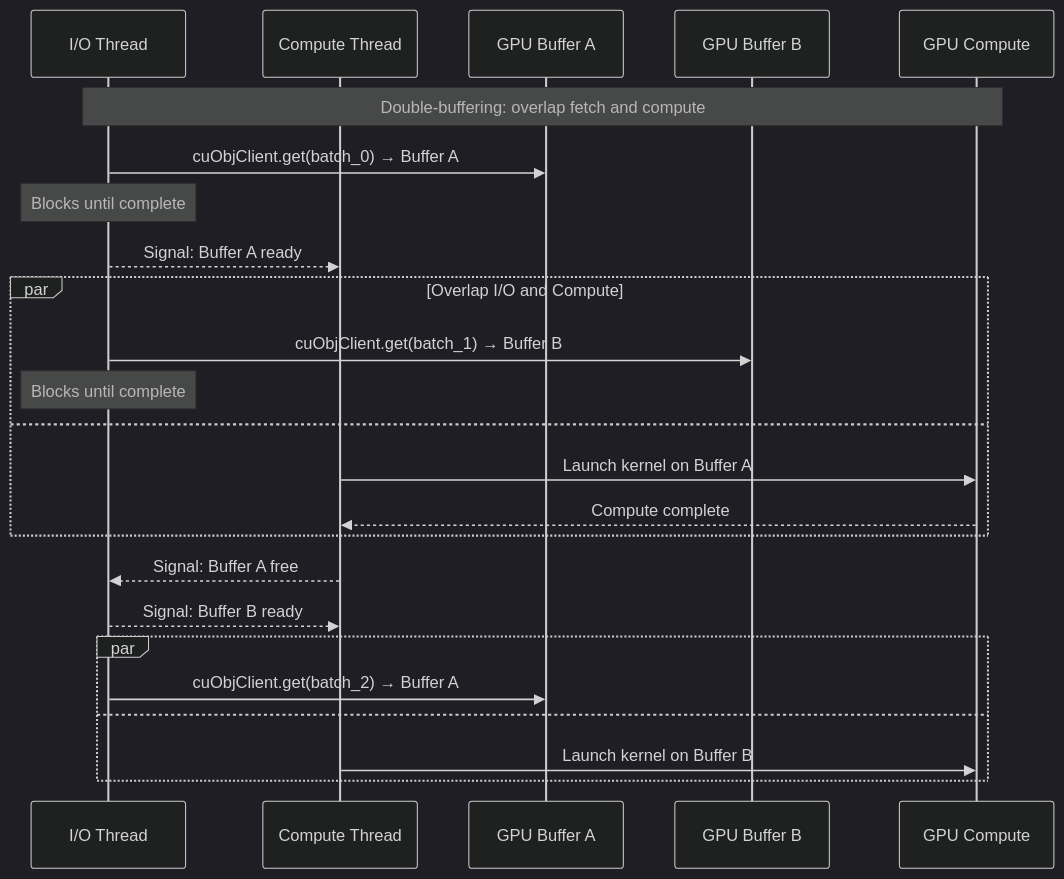
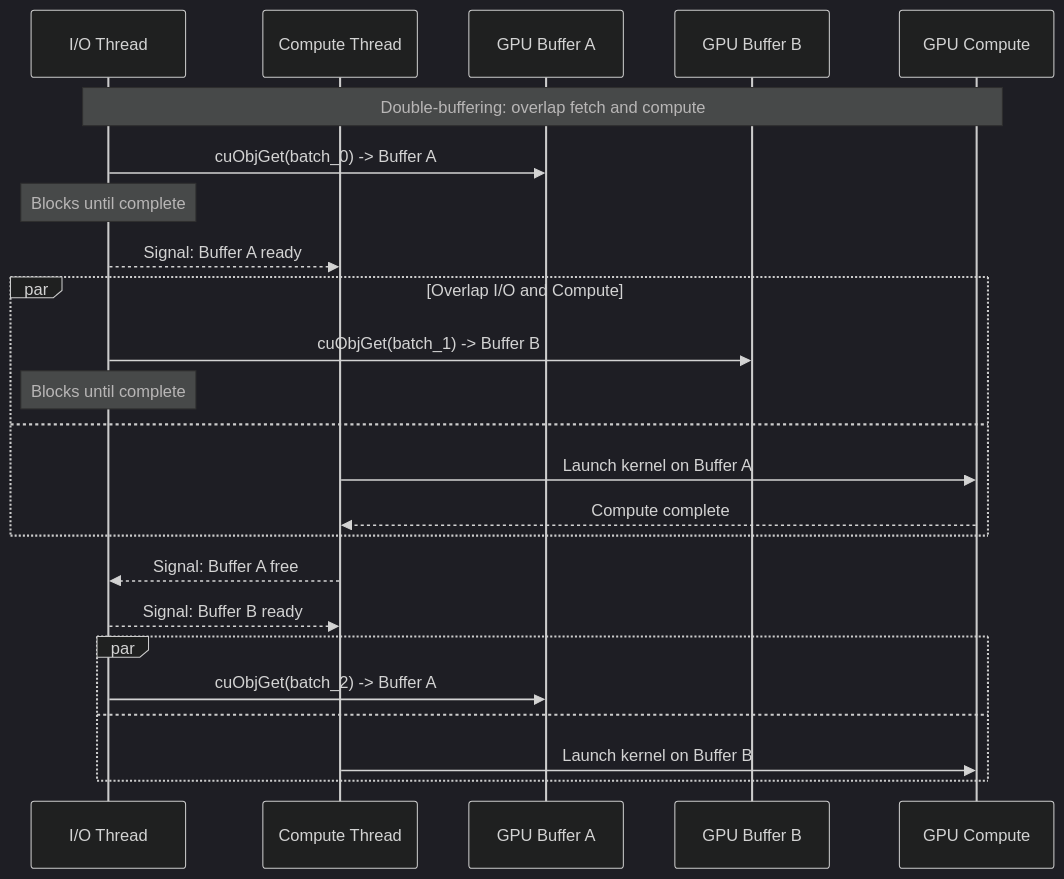
The tenth of 18 diagrams in docs/gds-dn-direct-rdma-implementation-spec.md (ptlrs/ozone), drawn with Mermaid (dark theme) before and after one commit. The commit also changed other lines of this file, not shown here.

````diff
--- a/docs/gds-dn-direct-rdma-implementation-spec.md
+++ b/docs/gds-dn-direct-rdma-implementation-spec.md
@@ -460,29 +518,29 @@
 ```mermaid
 sequenceDiagram
   participant Thread_IO as I/O Thread
   participant Thread_Compute as Compute Thread
   participant BufA as GPU Buffer A
   participant BufB as GPU Buffer B
   participant GPU as GPU Compute
   Note over Thread_IO, GPU: Double-buffering: overlap fetch and compute
-  Thread_IO ->> BufA: cuObjClient.get(batch_0) → Buffer A
+  Thread_IO ->> BufA: cuObjGet(batch_0) -> Buffer A
   Note over Thread_IO: Blocks until complete
   Thread_IO -->> Thread_Compute: Signal: Buffer A ready
 
   par Overlap I/O and Compute
-    Thread_IO ->> BufB: cuObjClient.get(batch_1) → Buffer B
+    Thread_IO ->> BufB: cuObjGet(batch_1) -> Buffer B
     Note over Thread_IO: Blocks until complete
   and
     Thread_Compute ->> GPU: Launch kernel on Buffer A
     GPU -->> Thread_Compute: Compute complete
   end
 
   Thread_Compute -->> Thread_IO: Signal: Buffer A free
   Thread_IO -->> Thread_Compute: Signal: Buffer B ready
 
   par
-    Thread_IO ->> BufA: cuObjClient.get(batch_2) → Buffer A
+    Thread_IO ->> BufA: cuObjGet(batch_2) -> Buffer A
   and
     Thread_Compute ->> GPU: Launch kernel on Buffer B
   end
 ```
````
